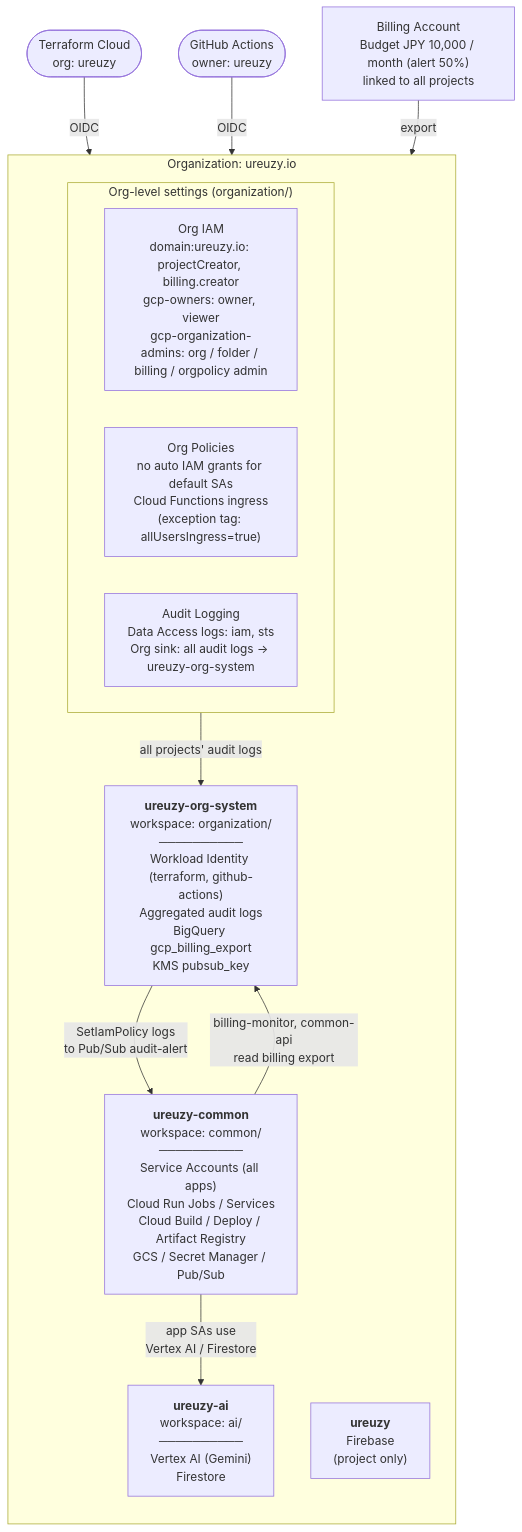
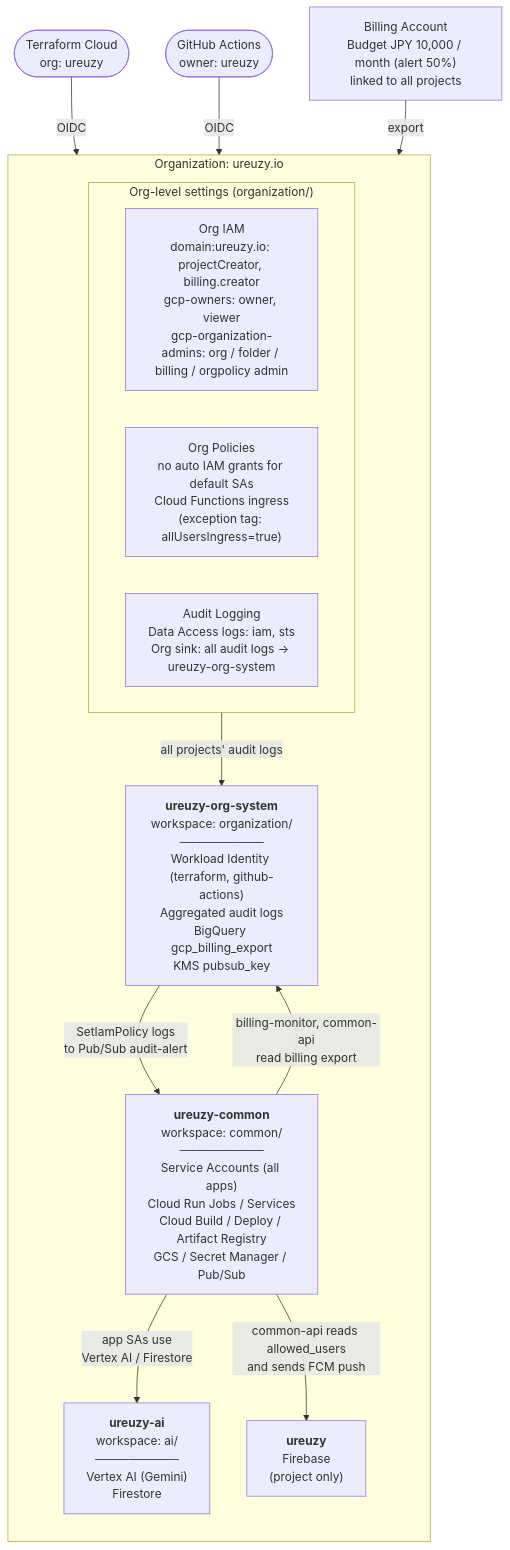
One commit to ureuzy/google-cloud-terraform changed the diagram in README.md. Above: the diagram before and after it, drawn with Mermaid. The commit also changed 1 other file, not shown here.

Commit message:
feat: let common-api send FCM push notifications on the Firebase project
The baby camera notifies family phones when the camera phone hears a
child crying or a child's voice. Also draw common-api's use of the
Firebase project in the architecture diagram.

````diff
--- a/README.md
+++ b/README.md
@@ -17,29 +17,30 @@
 ```mermaid
 flowchart TB
   tfc(["Terraform Cloud<br/>org: ureuzy"])
   gha(["GitHub Actions<br/>owner: ureuzy"])
   billing["Billing Account<br/>Budget JPY 10,000 / month (alert 50%)<br/>linked to all projects"]
 
   subgraph org["Organization: ureuzy.io"]
     direction TB
 
     subgraph settings["Org-level settings (organization/)"]
       direction LR
       iam["Org IAM<br/>domain:ureuzy.io: projectCreator, billing.creator<br/>gcp-owners: owner, viewer<br/>gcp-organization-admins: org / folder / billing / orgpolicy admin"]
       policies["Org Policies<br/>no auto IAM grants for default SAs<br/>Cloud Functions ingress<br/>(exception tag: allUsersIngress=true)"]
       audit["Audit Logging<br/>Data Access logs: iam, sts<br/>Org sink: all audit logs → ureuzy-org-system"]
     end
 
     sys["<b>ureuzy-org-system</b><br/>workspace: organization/<br/>──────────<br/>Workload Identity (terraform, github-actions)<br/>Aggregated audit logs<br/>BigQuery gcp_billing_export<br/>KMS pubsub_key"]
     common["<b>ureuzy-common</b><br/>workspace: common/<br/>──────────<br/>Service Accounts (all apps)<br/>Cloud Run Jobs / Services<br/>Cloud Build / Deploy / Artifact Registry<br/>GCS / Secret Manager / Pub/Sub"]
     ai["<b>ureuzy-ai</b><br/>workspace: ai/<br/>──────────<br/>Vertex AI (Gemini)<br/>Firestore"]
     ureuzy["<b>ureuzy</b><br/>Firebase<br/>(project only)"]
   end
 
   tfc & gha -->|OIDC| sys
   audit -->|all projects' audit logs| sys
   sys -->|SetIamPolicy logs<br/>to Pub/Sub audit-alert| common
   common -->|billing-monitor, common-api<br/>read billing export| sys
   common -->|app SAs use<br/>Vertex AI / Firestore| ai
+  common -->|common-api reads allowed_users<br/>and sends FCM push| ureuzy
   billing -->|export| sys
 ```
````
